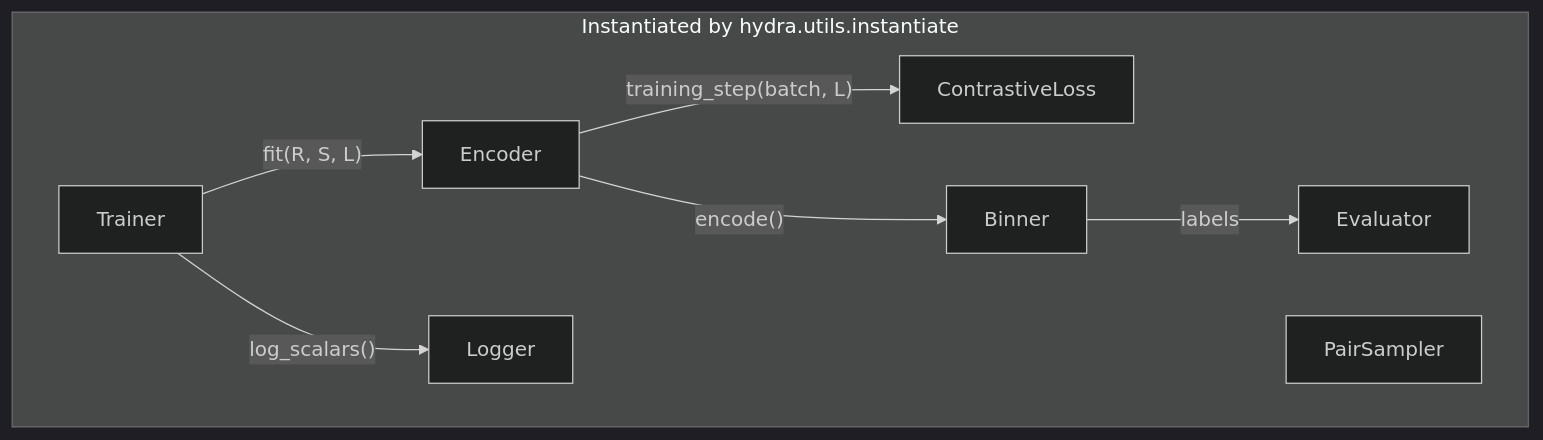
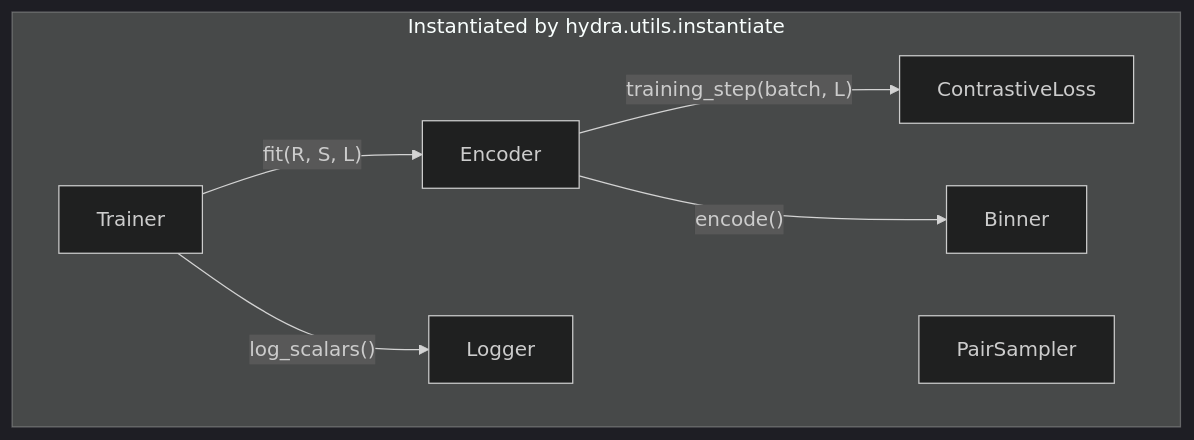
One commit to Tinnifo/MegoBin changed the diagram in docs/03-architecture/slots-and-protocols.md. Above: the diagram before and after it, drawn with Mermaid (dark theme). The commit also changed other lines of this file and 13 other files, not shown here.

Commit message:
Document the contract architecture and list the changes

````diff
--- a/docs/03-architecture/slots-and-protocols.md
+++ b/docs/03-architecture/slots-and-protocols.md
@@ -97,18 +109,16 @@
 ```mermaid
 flowchart TB
   subgraph Instantiated by hydra.utils.instantiate
     R[Encoder]
     L[ContrastiveLoss]
     B[Binner]
-    E[Evaluator]
     S[PairSampler]
     T[Trainer]
     G[Logger]
   end
 
   T -- "fit(R, S, L)" --> R
   R -- "training_step(batch, L)" --> L
   T -- "log_scalars()" --> G
   R -- "encode()" --> B
-  B -- "labels" --> E
 ```
````
